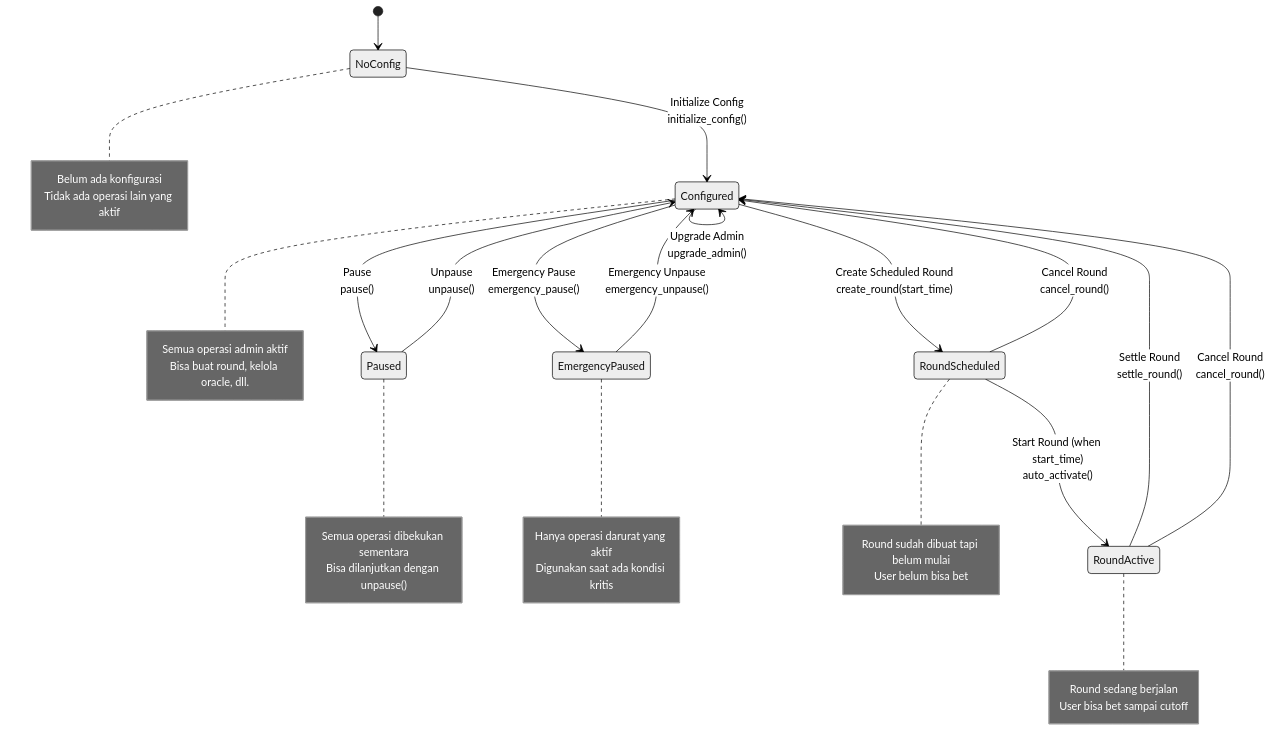
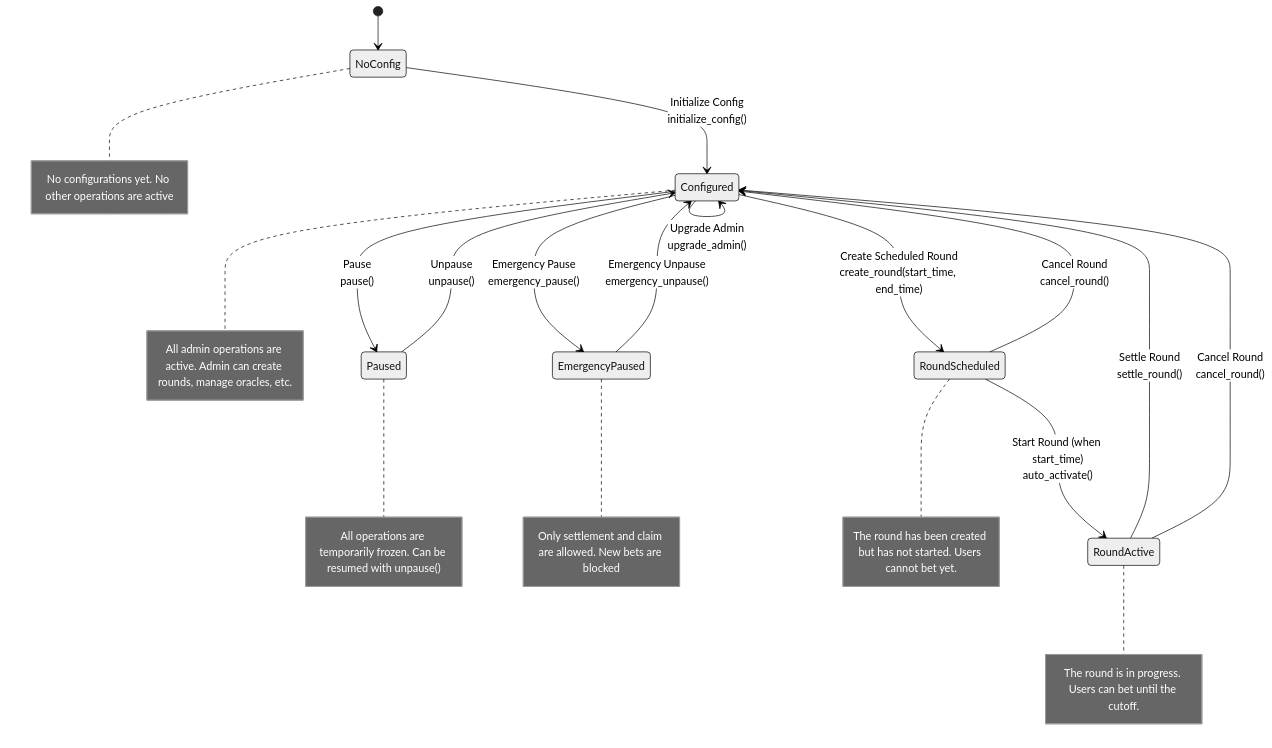
One commit to muhammad-akbrrr/gold-rush-smartcontract changed the third of 7 diagrams in README.md. Above: the diagram before and after it, drawn with Mermaid (neutral theme). The commit also changed other lines of this file, not shown here.

Commit message:
fix(readme): admin, user, and keeper flows

````diff
--- a/README.md
+++ b/README.md
@@ -50,55 +154,49 @@
 ```mermaid
 stateDiagram-v2
     [*] --> NoConfig
 
     NoConfig --> Configured: Initialize Config<br/>initialize_config()
     Configured --> Configured: Update Config<br/>update_config()
 
     Configured --> Paused: Pause<br/>pause()
     Paused --> Configured: Unpause<br/>unpause()
 
     Configured --> EmergencyPaused: Emergency Pause<br/>emergency_pause()
     EmergencyPaused --> Configured: Emergency Unpause<br/>emergency_unpause()
 
     Configured --> Configured: Add Oracle<br/>add_oracle_to_whitelist()
     Configured --> Configured: Remove Oracle<br/>remove_oracle_from_whitelist()
     Configured --> Configured: Set Oracle<br/>set_oracle()
 
-    Configured --> RoundScheduled: Create Scheduled Round<br/>create_round(start_time)
+    Configured --> RoundScheduled: Create Scheduled Round<br/>create_round(start_time, end_time)
     RoundScheduled --> RoundActive: Start Round (when start_time)<br/>auto_activate()
     RoundActive --> Configured: Settle Round<br/>settle_round()
     RoundScheduled --> Configured: Cancel Round<br/>cancel_round() 
     RoundActive --> Configured: Cancel Round<br/>cancel_round()
 
     Configured --> Configured: Upgrade Admin<br/>upgrade_admin()
 
     note right of NoConfig
-        Belum ada konfigurasi
-        Tidak ada operasi lain yang aktif
+        No configurations yet. No other operations are active
     end note
 
     note right of Configured
-        Semua operasi admin aktif
-        Bisa buat round, kelola oracle, dll.
+        All admin operations are active. Admin can create rounds, manage oracles, etc.
     end note
 
     note right of Paused
-        Semua operasi dibekukan sementara
-        Bisa dilanjutkan dengan unpause()
+        All operations are temporarily frozen. Can be resumed with unpause()
     end note
 
     note right of EmergencyPaused
-        Hanya operasi darurat yang aktif
-        Digunakan saat ada kondisi kritis
+        Only settlement and claim are allowed. New bets are blocked
     end note
 
     note right of RoundScheduled
-        Round sudah dibuat tapi belum mulai
-        User belum bisa bet
+        The round has been created but has not started. Users cannot bet yet.
     end note
 
     note right of RoundActive
-        Round sedang berjalan
-        User bisa bet sampai cutoff
+        The round is in progress. Users can bet until the cutoff.
     end note
 ```
````
